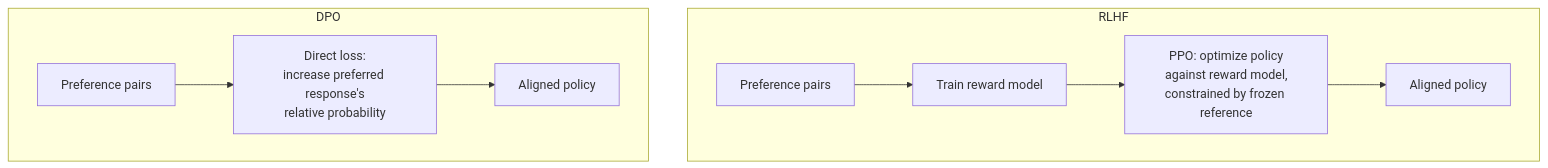
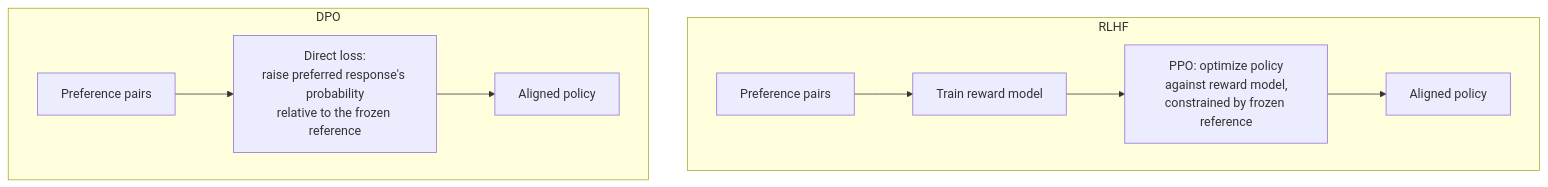
One commit to naman-shrimali/ai-engineering-curriculum changed the diagram in modules/08-fine-tuning/ftn-05-preference-optimization.md. Above: the diagram before and after it, drawn with Mermaid. The commit also changed other lines of this file and 46 other files, not shown here.

````diff
--- a/modules/08-fine-tuning/ftn-05-preference-optimization.md
+++ b/modules/08-fine-tuning/ftn-05-preference-optimization.md
@@ -75,12 +87,12 @@
 ```mermaid
 graph TD
   subgraph RLHF_flow[RLHF]
     P1[Preference pairs] --> R[Train reward model]
     R --> PPO[PPO: optimize policy<br/>against reward model,<br/>constrained by frozen reference]
     PPO --> M1[Aligned policy]
   end
   subgraph DPO_flow[DPO]
-    P2[Preference pairs] --> D[Direct loss:<br/>increase preferred response's<br/>relative probability]
+    P2[Preference pairs] --> D[Direct loss:<br/>raise preferred response's probability<br/>relative to the frozen reference]
     D --> M2[Aligned policy]
   end
 ```
````
